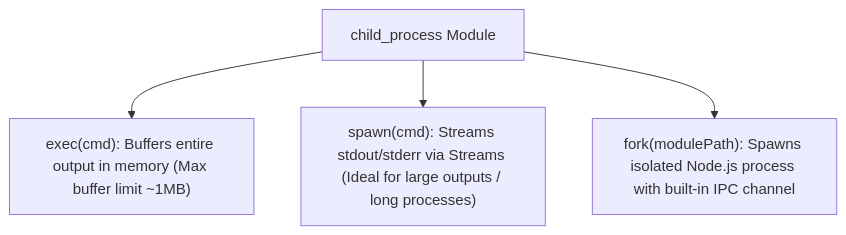
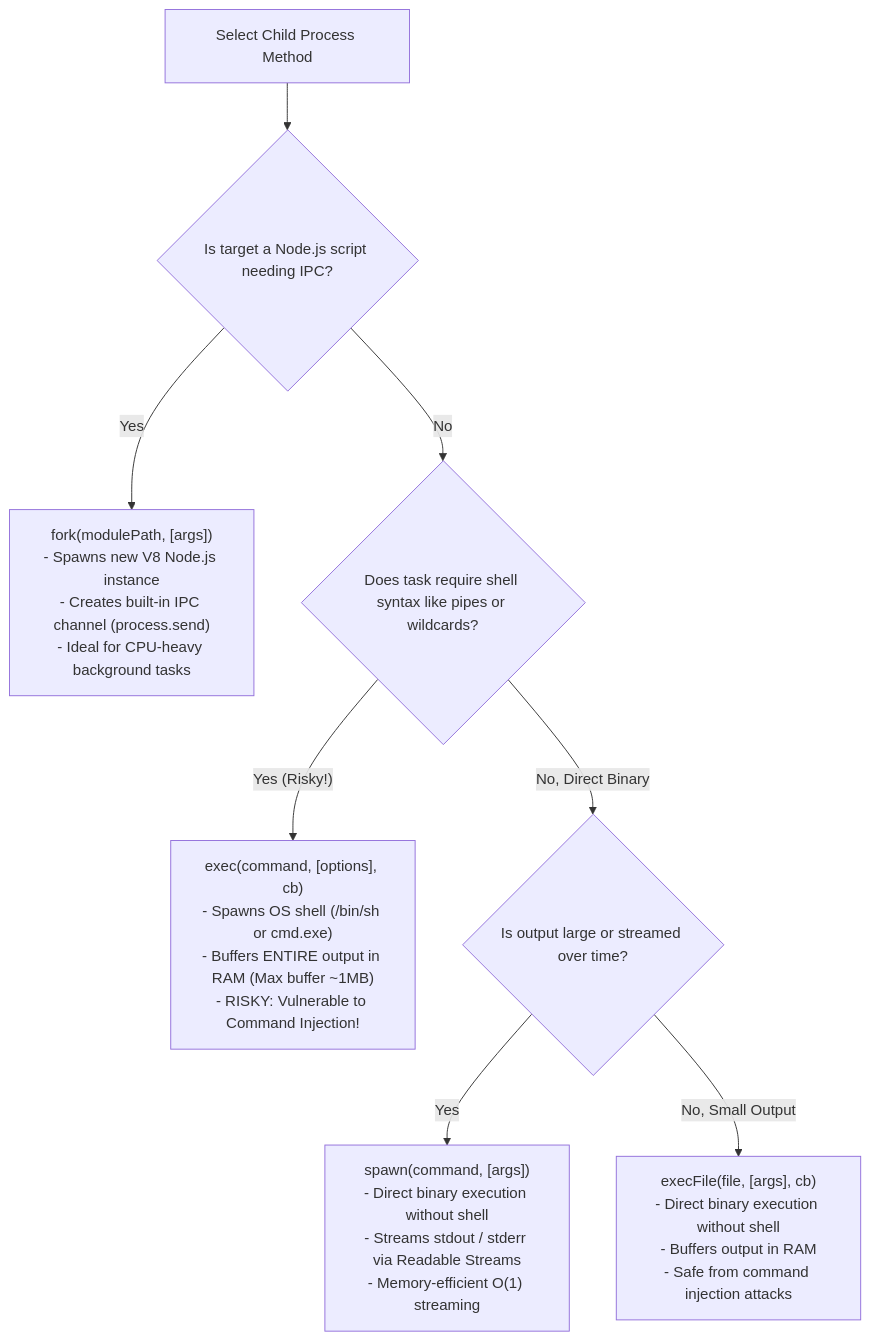
The first of 2 diagrams in nodejs-notes/17-child-processes.md (Amie-dev/engineering-playbook), drawn with Mermaid before and after one commit. The commit also changed other lines of this file and 32 other files, not shown here.

````diff
--- a/nodejs-notes/17-child-processes.md
+++ b/nodejs-notes/17-child-processes.md
@@ -10,6 +15,16 @@
 ```mermaid
-graph TD
-    CP[child_process Module] --> Exec["exec(cmd): Buffers entire output in memory (Max buffer limit ~1MB)"]
-    CP --> Spawn["spawn(cmd): Streams stdout/stderr via Streams (Ideal for large outputs / long processes)"]
-    CP --> Fork["fork(modulePath): Spawns isolated Node.js process with built-in IPC channel"]
+flowchart TD
+    TaskCheck[Select Child Process Method] --> NeedsNodeScript{Is target a Node.js script needing IPC?}
+    
+    NeedsNodeScript -- Yes --> ForkMethod["fork(modulePath, [args])<br/>- Spawns new V8 Node.js instance<br/>- Creates built-in IPC channel (process.send)<br/>- Ideal for CPU-heavy background tasks"]
+
+    NeedsNodeScript -- No --> NeedsShell{Does task require shell syntax like pipes or wildcards?}
+
+    NeedsShell -- Yes (Risky!) --> ExecMethod["exec(command, [options], cb)<br/>- Spawns OS shell (/bin/sh or cmd.exe)<br/>- Buffers ENTIRE output in RAM (Max buffer ~1MB)<br/>- RISKY: Vulnerable to Command Injection!"]
+
+    NeedsShell -- No, Direct Binary --> IsStreamed{Is output large or streamed over time?}
+
+    IsStreamed -- Yes --> SpawnMethod["spawn(command, [args])<br/>- Direct binary execution without shell<br/>- Streams stdout / stderr via Readable Streams<br/>- Memory-efficient O(1) streaming"]
+
+    IsStreamed -- No, Small Output --> ExecFileMethod["execFile(file, [args], cb)<br/>- Direct binary execution without shell<br/>- Buffers output in RAM<br/>- Safe from command injection attacks"]
 ```
````
